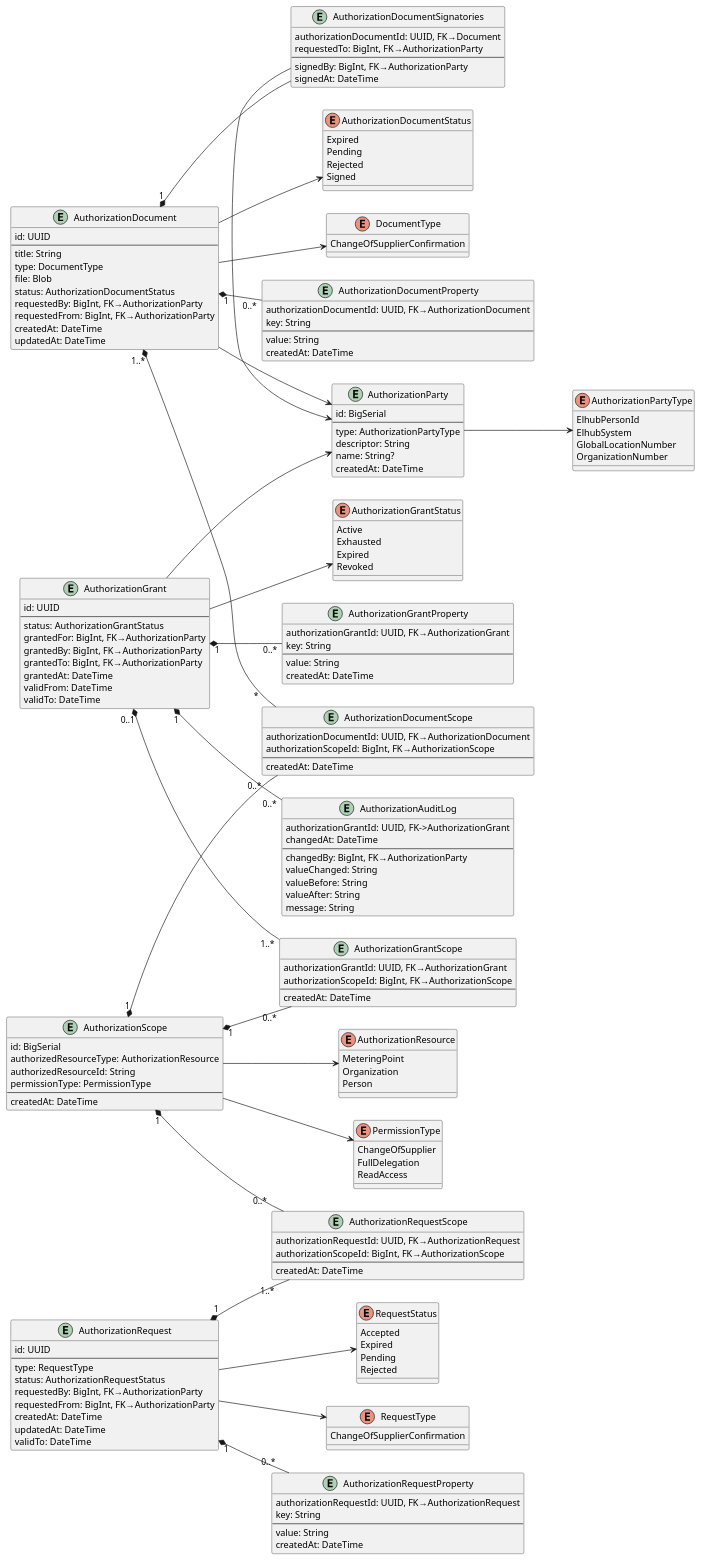
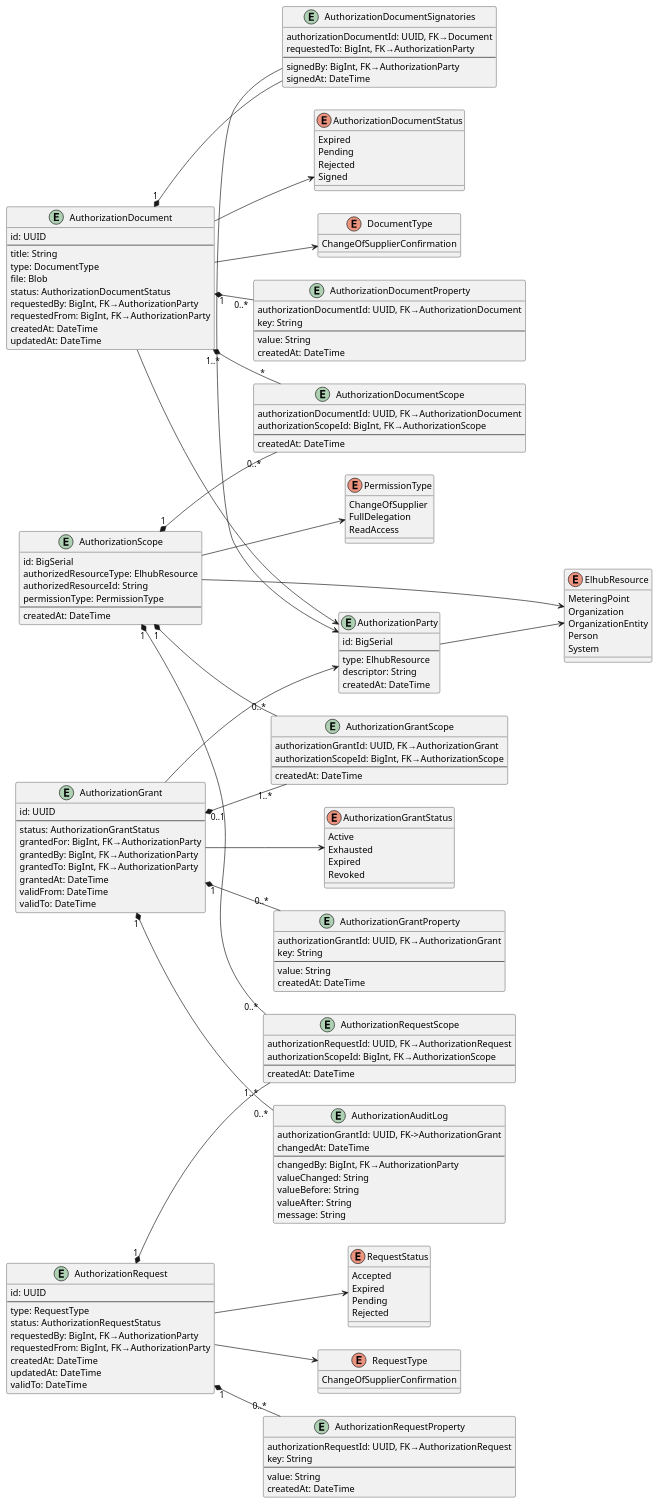
Before and after one commit to elhub/auth-grant-manager: the diagram in docs/assets/datamodel.plantuml, drawn with PlantUML.

Commit message:
Update resource data model

```diff
--- a/docs/assets/datamodel.plantuml
+++ b/docs/assets/datamodel.plantuml
@@ -11,12 +11,6 @@
   Exhausted
   Expired
   Revoked
-}
-
-enum AuthorizationResource {
-  MeteringPoint
-  Organization
-  Person
 }
 
 enum PermissionType {
@@ -39,14 +33,12 @@
   Rejected
 }
 
-' ElhubPersonId is our individual user Id
-' An ElhubSystem might be responsible for a change (audit log)
-' GLN and OrgNumber can both be used for organizations
-enum AuthorizationPartyType {
-  ElhubPersonId
-  ElhubSystem
-  GlobalLocationNumber
-  OrganizationNumber
+enum ElhubResource {
+  MeteringPoint
+  Organization
+  OrganizationEntity
+  Person
+  System
 }
 
 enum DocumentType {
@@ -162,7 +154,7 @@
 
 entity AuthorizationScope {
   id: BigSerial
-  authorizedResourceType: AuthorizationResource
+  authorizedResourceType: ElhubResource
   authorizedResourceId: String
   permissionType: PermissionType
   --
@@ -172,9 +164,8 @@
 entity AuthorizationParty {
   id: BigSerial
   --
-  type: AuthorizationPartyType
+  type: ElhubResource
   descriptor: String
-  name: String?
   createdAt: DateTime
 }
 
@@ -184,7 +175,7 @@
 AuthorizationGrant "1" *-- "0..*" AuthorizationAuditLog
 AuthorizationGrant --> AuthorizationGrantStatus
 AuthorizationGrant --> AuthorizationParty
-AuthorizationScope --> AuthorizationResource
+AuthorizationScope --> ElhubResource
 AuthorizationScope --> PermissionType
 AuthorizationScope "1" *-- "0..*" AuthorizationGrantScope
 AuthorizationScope "1" *-- "0..*" AuthorizationRequestScope
@@ -200,6 +191,6 @@
 AuthorizationRequest "1" *-- "1..*" AuthorizationRequestScope
 AuthorizationRequest --> RequestType
 AuthorizationRequest --> RequestStatus
-AuthorizationParty --> AuthorizationPartyType
+AuthorizationParty --> ElhubResource
 
 @enduml
```
